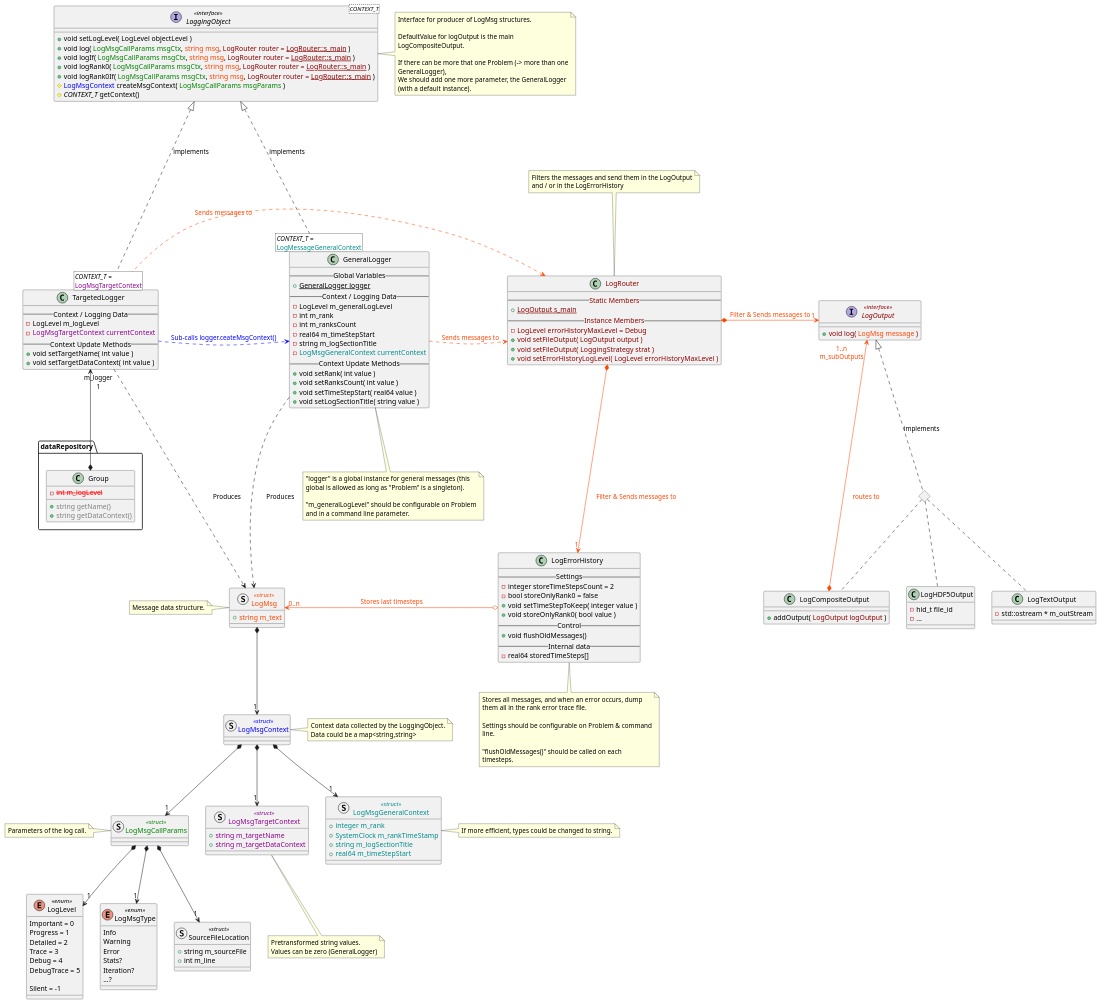
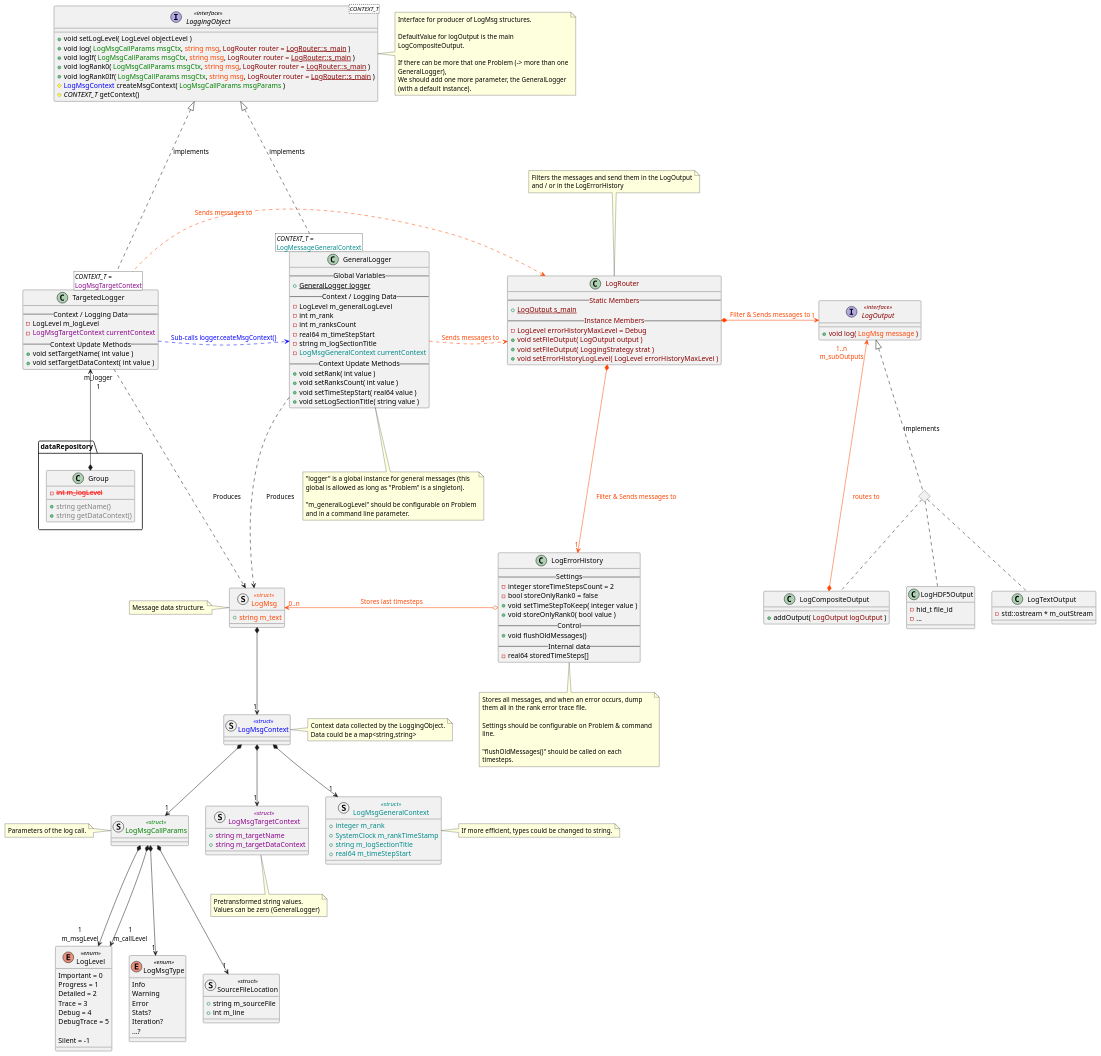
The diagram in src/coreComponents/common/Logger_templatedLoggingObject.plantuml (GEOS-DEV/GEOS), drawn with PlantUML before and after one commit. The commit also changed 1 other file, not shown here.

Commit message:
architecture : need to keep track of call LogLevel (+ removed generated png)

```diff
--- a/src/coreComponents/common/Logger_templatedLoggingObject.plantuml
+++ b/src/coreComponents/common/Logger_templatedLoggingObject.plantuml
@@ -65,9 +65,11 @@
 }
 note left: Message data structure.
 
-LogMsgCallParams *--> "1" SourceFileLocation
-LogMsgCallParams *--> "1" LogMsgType
-LogMsgCallParams *--> "1" LogLevel
+LogMsgCallParams *---> "1" SourceFileLocation
+LogMsgCallParams *---> "1" LogMsgType
+' LogMsgCallParams *--> "1 m_callLevel\n1 m_msgLevel" LogLevel
+LogMsgCallParams *-d--> "1\nm_msgLevel" LogLevel
+LogMsgCallParams *-d--> "1\nm_callLevel" LogLevel
 LogMsgContext *--> "1" LogMsgCallParams
 LogMsgContext *--> "1" LogMsgGeneralContext
 LogMsgContext *--> "1" LogMsgTargetContext
@@ -76,8 +78,14 @@
 LogMsgCallParams -r[hidden]- LogMsgTargetContext
 LogMsgTargetContext -r[hidden]- LogMsgGeneralContext
 
-LogLevel -r[hidden]- LogMsgType
-LogMsgType -r[hidden]- SourceFileLocation
+LogLevel ---r[hidden]- LogMsgType
+LogMsgType ---r[hidden]- SourceFileLocation
+' SourceFileLocation --r[hidden]- LogLevel
+' LogLevel --r[hidden]- LogMsgType
+' LogMsgType --r[hidden]- LogLevel
+' LogLevel --r[hidden]- SourceFileLocation
+' SourceFileLocation --r[hidden]- LogMsgType
+' LogMsgType --r[hidden]- LogLevel
 
 
 ' --------------------------
```
